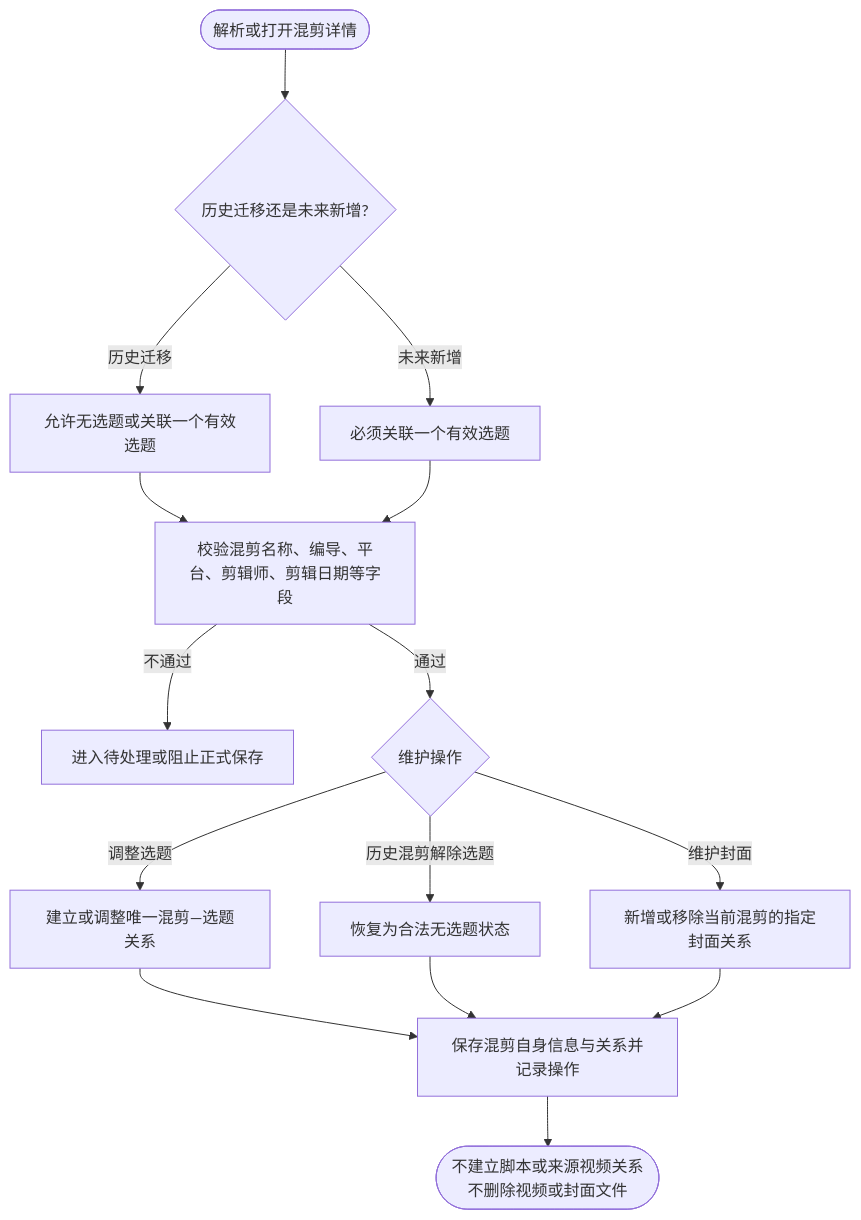
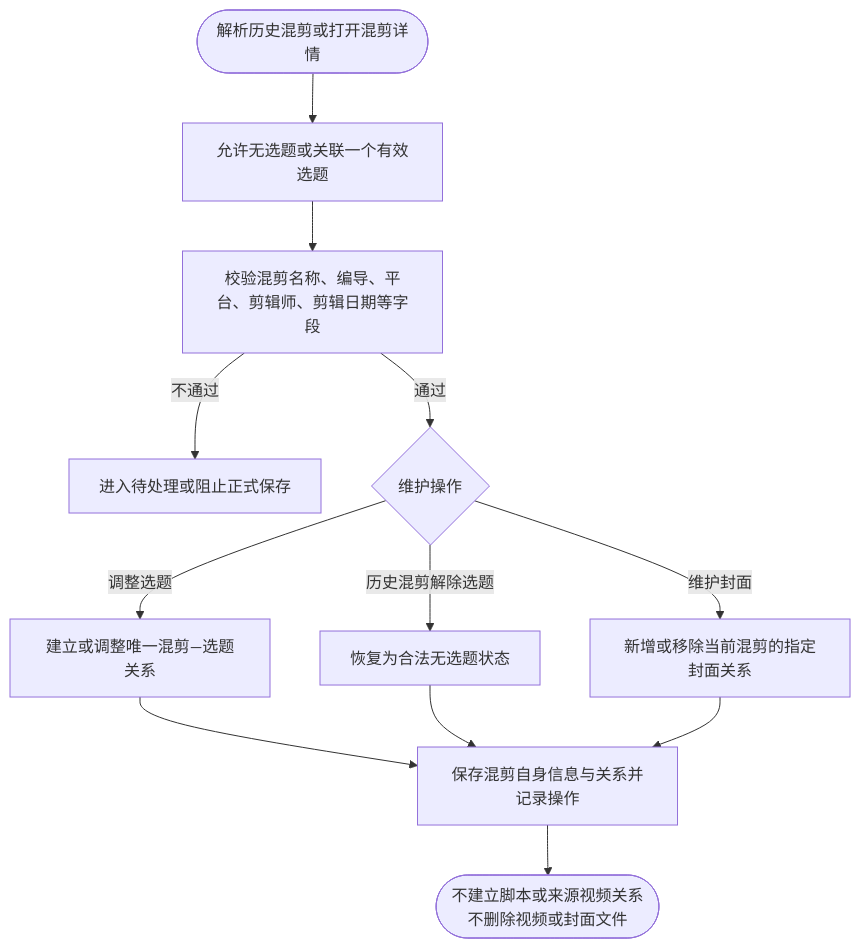
Before and after one commit to e3870732-droid/heshu-video-management-demo: the eighth of 14 diagrams in 素材库PRD_V113.6_公司模板版.md, drawn with Mermaid. The commit also changed other lines of this file and 1 other file, not shown here.

````diff
--- a/素材库PRD_V113.6_公司模板版.md
+++ b/素材库PRD_V113.6_公司模板版.md
@@ -334,17 +334,14 @@
 ```mermaid
 flowchart TD
-    A([解析或打开混剪详情]) --> B{历史迁移还是未来新增?}
-    B -->|历史迁移| C[允许无选题或关联一个有效选题]
-    B -->|未来新增| D[必须关联一个有效选题]
-    C --> E[校验混剪名称、编导、平台、剪辑师、剪辑日期等字段]
-    D --> E
-    E -->|不通过| F[进入待处理或阻止正式保存]
-    E -->|通过| G{维护操作}
-    G -->|调整选题| H[建立或调整唯一混剪—选题关系]
-    G -->|历史混剪解除选题| I[恢复为合法无选题状态]
-    G -->|维护封面| J[新增或移除当前混剪的指定封面关系]
-    H --> K[保存混剪自身信息与关系并记录操作]
-    I --> K
-    J --> K
-    K --> L([不建立脚本或来源视频关系<br/>不删除视频或封面文件])
+    A([解析历史混剪或打开混剪详情]) --> B[允许无选题或关联一个有效选题]
+    B --> C[校验混剪名称、编导、平台、剪辑师、剪辑日期等字段]
+    C -->|不通过| D[进入待处理或阻止正式保存]
+    C -->|通过| E{维护操作}
+    E -->|调整选题| F[建立或调整唯一混剪—选题关系]
+    E -->|历史混剪解除选题| G[恢复为合法无选题状态]
+    E -->|维护封面| H[新增或移除当前混剪的指定封面关系]
+    F --> I[保存混剪自身信息与关系并记录操作]
+    G --> I
+    H --> I
+    I --> J([不建立脚本或来源视频关系<br/>不删除视频或封面文件])
 ```
````
